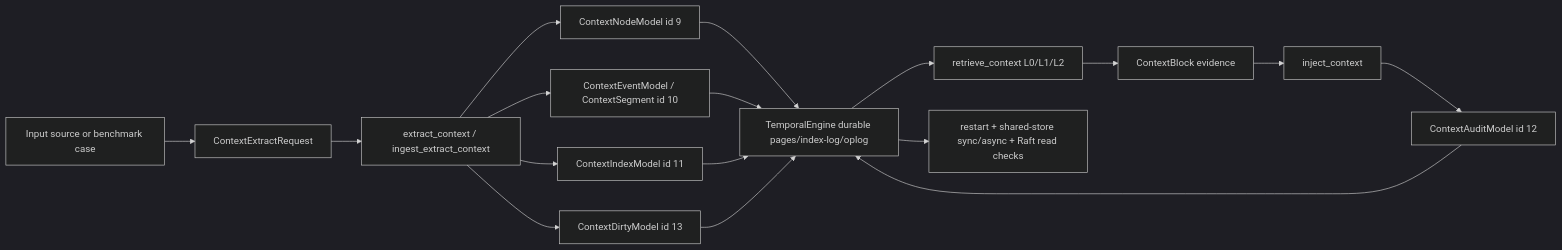
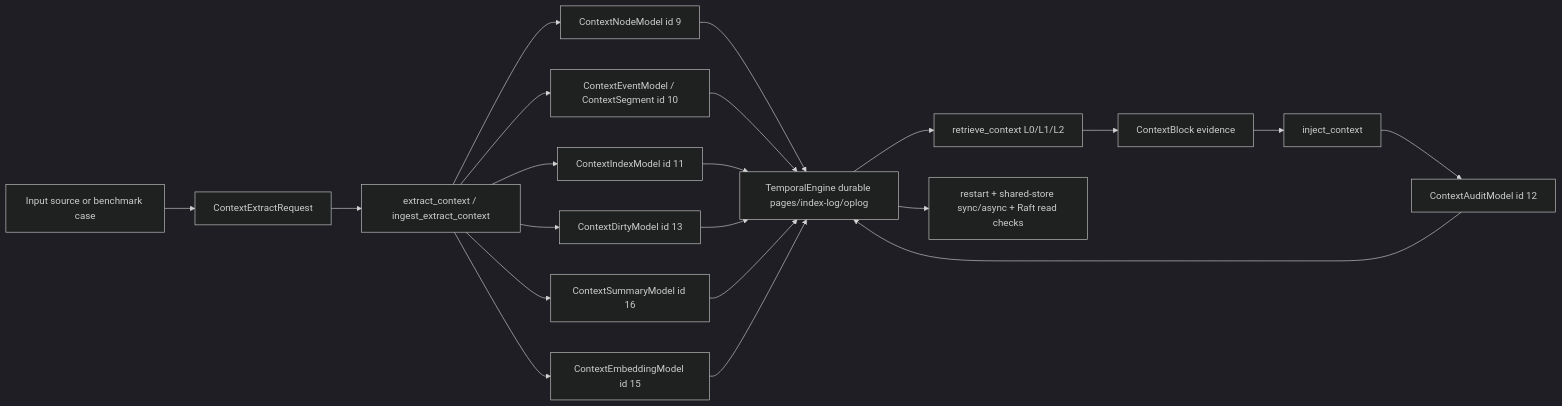
One commit to matrixarkai/TemporalStore changed the diagram in docs/rust_context_pipeline_debug_trace.md. Above: the diagram before and after it, drawn with Mermaid (dark theme). The commit also changed other lines of this file and 1 other file, not shown here.

Commit message:
Generate Rust context summaries and embeddings

````diff
--- a/docs/rust_context_pipeline_debug_trace.md
+++ b/docs/rust_context_pipeline_debug_trace.md
@@ -66,19 +66,23 @@
 ```mermaid
 flowchart LR
   A["Input source or benchmark case"] --> B["ContextExtractRequest"]
   B --> C["extract_context / ingest_extract_context"]
   C --> D["ContextNodeModel id 9"]
   C --> E["ContextEventModel / ContextSegment id 10"]
   C --> F["ContextIndexModel id 11"]
   C --> G["ContextDirtyModel id 13"]
+  C --> N["ContextSummaryModel id 16"]
+  C --> O["ContextEmbeddingModel id 15"]
   D --> H["TemporalEngine durable pages/index-log/oplog"]
   E --> H
   F --> H
   G --> H
+  N --> H
+  O --> H
   H --> I["retrieve_context L0/L1/L2"]
   I --> J["ContextBlock evidence"]
   J --> K["inject_context"]
   K --> L["ContextAuditModel id 12"]
   L --> H
   H --> M["restart + shared-store sync/async + Raft read checks"]
 ```
````
